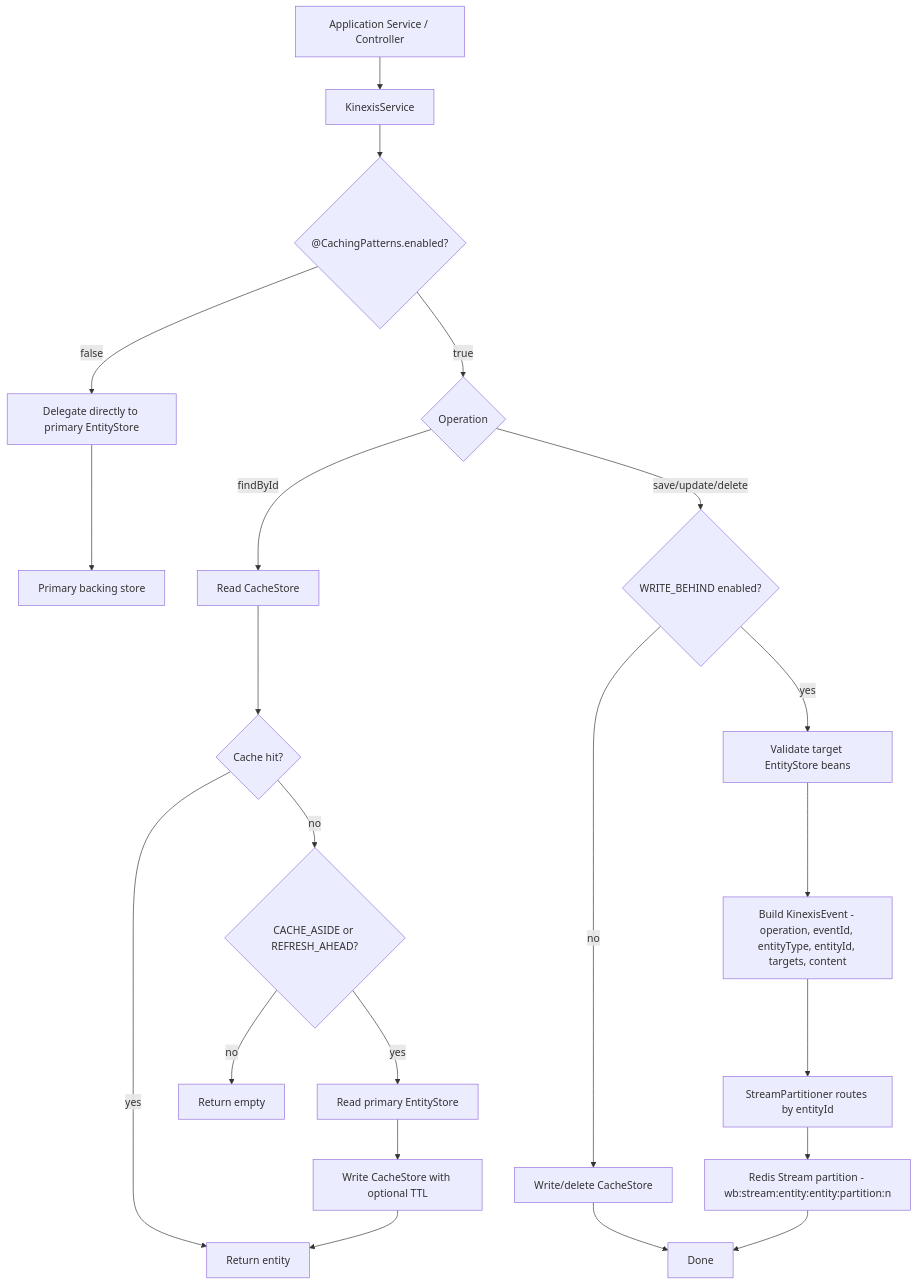
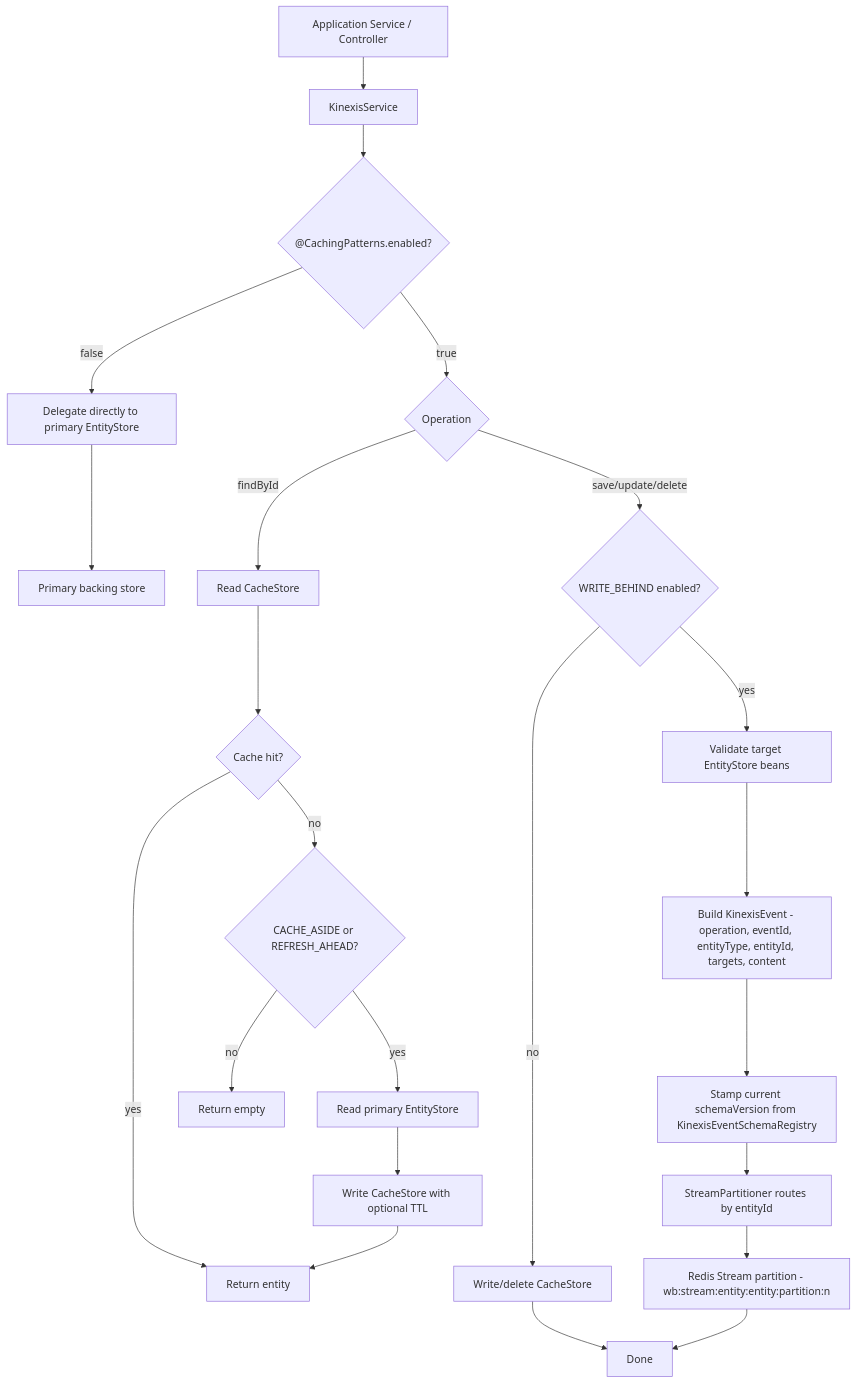
Before and after one commit to foogaro/kinexis: the first of 8 diagrams in WORKFLOWS.md, drawn with Mermaid. The commit also changed other lines of this file and 27 other files, not shown here.

````diff
--- a/WORKFLOWS.md
+++ b/WORKFLOWS.md
@@ -7,30 +7,31 @@
 ```mermaid
 graph TD
     App["Application Service / Controller"] --> KS["KinexisService"]
 
     KS --> Enabled{"@CachingPatterns.enabled?"}
 
     Enabled -- "false" --> PrimaryOnly["Delegate directly to primary EntityStore"]
     PrimaryOnly --> DB["Primary backing store"]
 
     Enabled -- "true" --> Operation{"Operation"}
 
     Operation -- "findById" --> CacheRead["Read CacheStore"]
     CacheRead --> CacheHit{"Cache hit?"}
     CacheHit -- "yes" --> ReturnEntity["Return entity"]
     CacheHit -- "no" --> CachePattern{"CACHE_ASIDE or REFRESH_AHEAD?"}
     CachePattern -- "yes" --> PrimaryRead["Read primary EntityStore"]
     PrimaryRead --> CacheWrite["Write CacheStore with optional TTL"]
     CacheWrite --> ReturnEntity
     CachePattern -- "no" --> Empty["Return empty"]
 
     Operation -- "save/update/delete" --> WriteBehind{"WRITE_BEHIND enabled?"}
     WriteBehind -- "no" --> CacheDirect["Write/delete CacheStore"]
     CacheDirect --> Done["Done"]
 
     WriteBehind -- "yes" --> ValidateTargets["Validate target EntityStore beans"]
     ValidateTargets --> BuildEvent["Build KinexisEvent - operation, eventId, entityType, entityId, targets, content"]
-    BuildEvent --> Partition["StreamPartitioner routes by entityId"]
+    BuildEvent --> StampSchema["Stamp current schemaVersion from KinexisEventSchemaRegistry"]
+    StampSchema --> Partition["StreamPartitioner routes by entityId"]
     Partition --> RedisStream["Redis Stream partition - wb:stream:entity:entity:partition:n"]
     RedisStream --> Done
 ```
````
